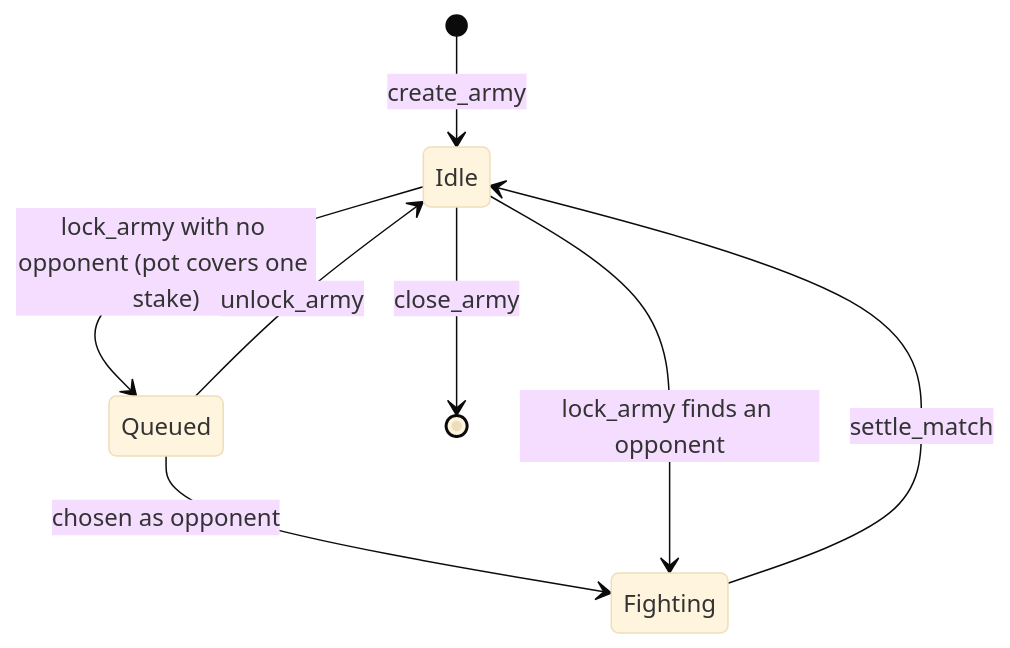
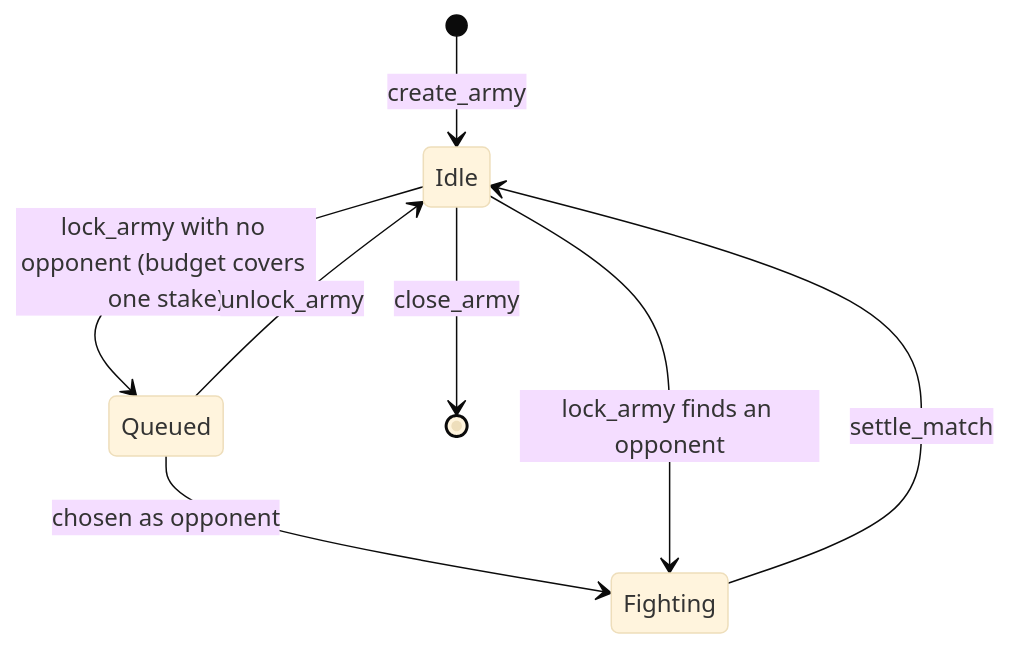
Before and after one commit to Dodecahedr0x/horizon-zero: the first of 2 diagrams in docs/src/accounts.md, drawn with Mermaid (base theme). The commit also changed other lines of this file and 19 other files, not shown here.

````diff
--- a/docs/src/accounts.md
+++ b/docs/src/accounts.md
@@ -38,10 +52,10 @@
 ```mermaid
 stateDiagram-v2
   [*] --> Idle: create_army
-  Idle --> Queued: lock_army with no opponent (pot covers one stake)
+  Idle --> Queued: lock_army with no opponent (budget covers one stake)
   Queued --> Idle: unlock_army
   Queued --> Fighting: chosen as opponent
   Idle --> Fighting: lock_army finds an opponent
   Fighting --> Idle: settle_match
   Idle --> [*]: close_army
 ```
````
